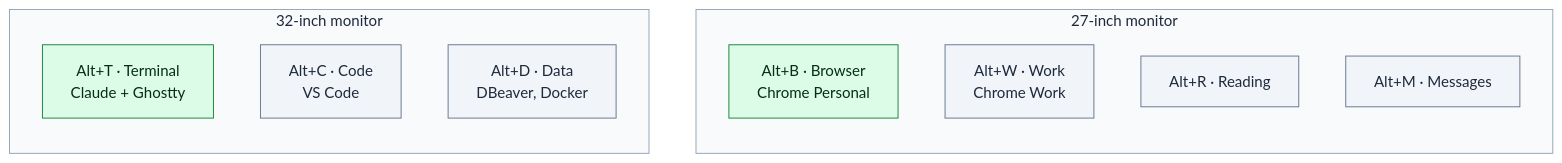
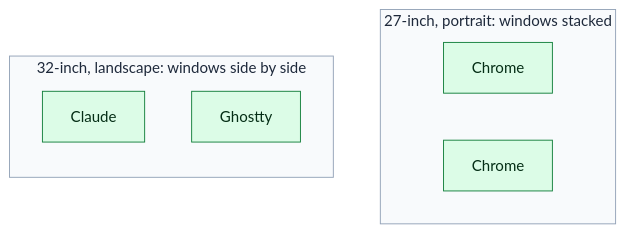
Before and after one commit to youngjae-lim/dotfiles: the first of 2 diagrams in docs/09-desktop.md, drawn with Mermaid. The commit also changed other lines of this file and 2 other files, not shown here.

````diff
--- a/docs/09-desktop.md
+++ b/docs/09-desktop.md
@@ -13,21 +13,17 @@
 ```mermaid
 flowchart LR
-    subgraph BIG["32-inch monitor"]
+    subgraph BIG["32-inch, landscape: windows side by side"]
         direction TB
-        T["Alt+T · Terminal<br/>Claude + Ghostty"]:::output
-        C["Alt+C · Code<br/>VS Code"]:::step
-        D["Alt+D · Data<br/>DBeaver, Docker"]:::step
+        T1["Claude"]:::output
+        T2["Ghostty"]:::output
     end
-    subgraph SMALL["27-inch monitor"]
-        direction TB
-        B["Alt+B · Browser<br/>Chrome Personal"]:::output
-        W["Alt+W · Work<br/>Chrome Work"]:::step
-        R["Alt+R · Reading"]:::step
-        M["Alt+M · Messages"]:::step
+    subgraph SMALL["27-inch, portrait: windows stacked"]
+        direction LR
+        B1["Chrome"]:::output
+        B2["Chrome"]:::output
     end
     BIG ~~~ SMALL
-    classDef step fill:#f1f5f9,stroke:#64748b,color:#1e293b
     classDef output fill:#dcfce7,stroke:#15803d,color:#052e16
     style BIG fill:#f8fafc,stroke:#94a3b8,color:#1e293b
     style SMALL fill:#f8fafc,stroke:#94a3b8,color:#1e293b
 ```
````
